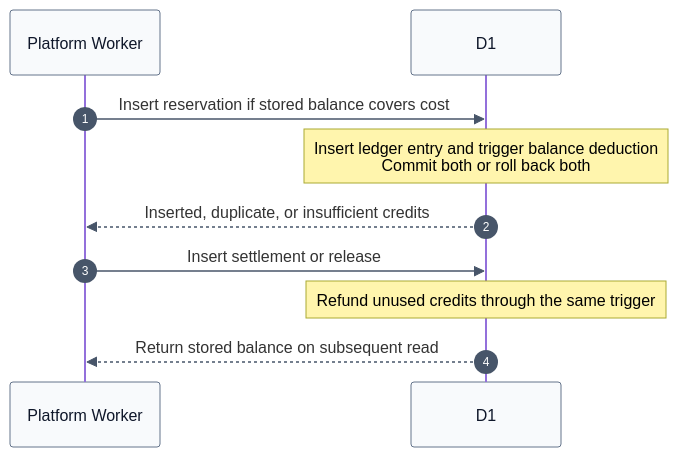
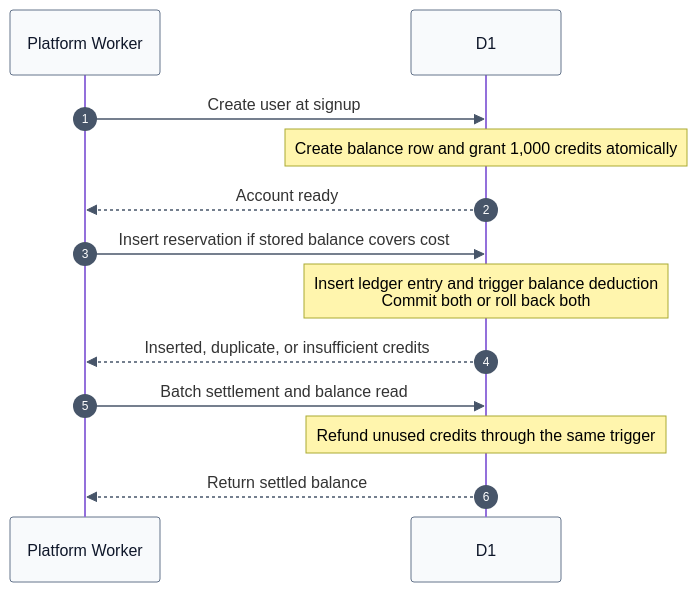
The diagram in reference/engineering/CREDIT_ACCOUNTING.md (devhims/video2ctx), drawn with Mermaid before and after one commit. The commit also changed other lines of this file and 14 other files, not shown here.

````diff
--- a/reference/engineering/CREDIT_ACCOUNTING.md
+++ b/reference/engineering/CREDIT_ACCOUNTING.md
@@ -15,13 +15,16 @@
 ```mermaid
 %%{init: {"themeVariables": {"sequenceNumberColor": "#ffffff", "signalColor": "#475569", "actorBkg": "#f8fafc", "actorTextColor": "#0f172a", "actorBorder": "#64748b"}}}%%
 sequenceDiagram
     autonumber
     participant App as Platform Worker
     participant DB as D1
+    App->>DB: Create user at signup
+    Note over DB: Create balance row and grant 1,000 credits atomically
+    DB-->>App: Account ready
     App->>DB: Insert reservation if stored balance covers cost
     Note over DB: Insert ledger entry and trigger balance deduction<br/>Commit both or roll back both
     DB-->>App: Inserted, duplicate, or insufficient credits
-    App->>DB: Insert settlement or release
+    App->>DB: Batch settlement and balance read
     Note over DB: Refund unused credits through the same trigger
-    DB-->>App: Return stored balance on subsequent read
+    DB-->>App: Return settled balance
 ```
````
